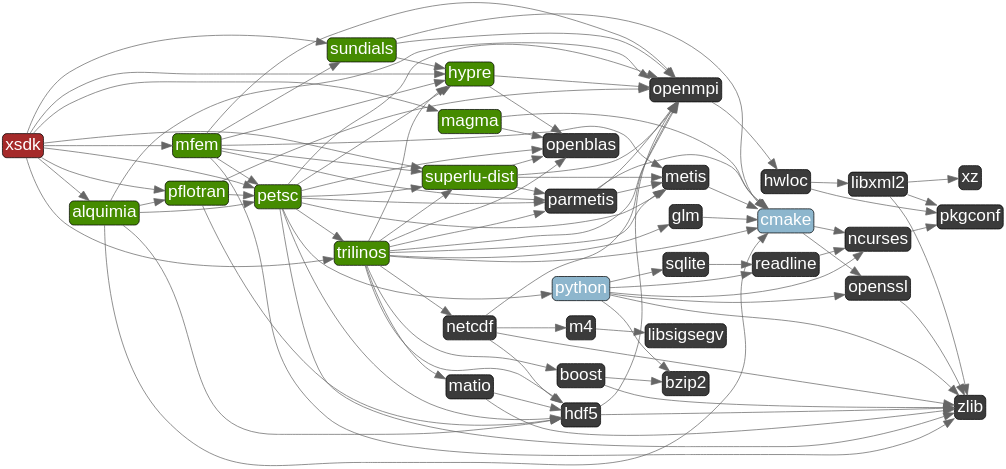
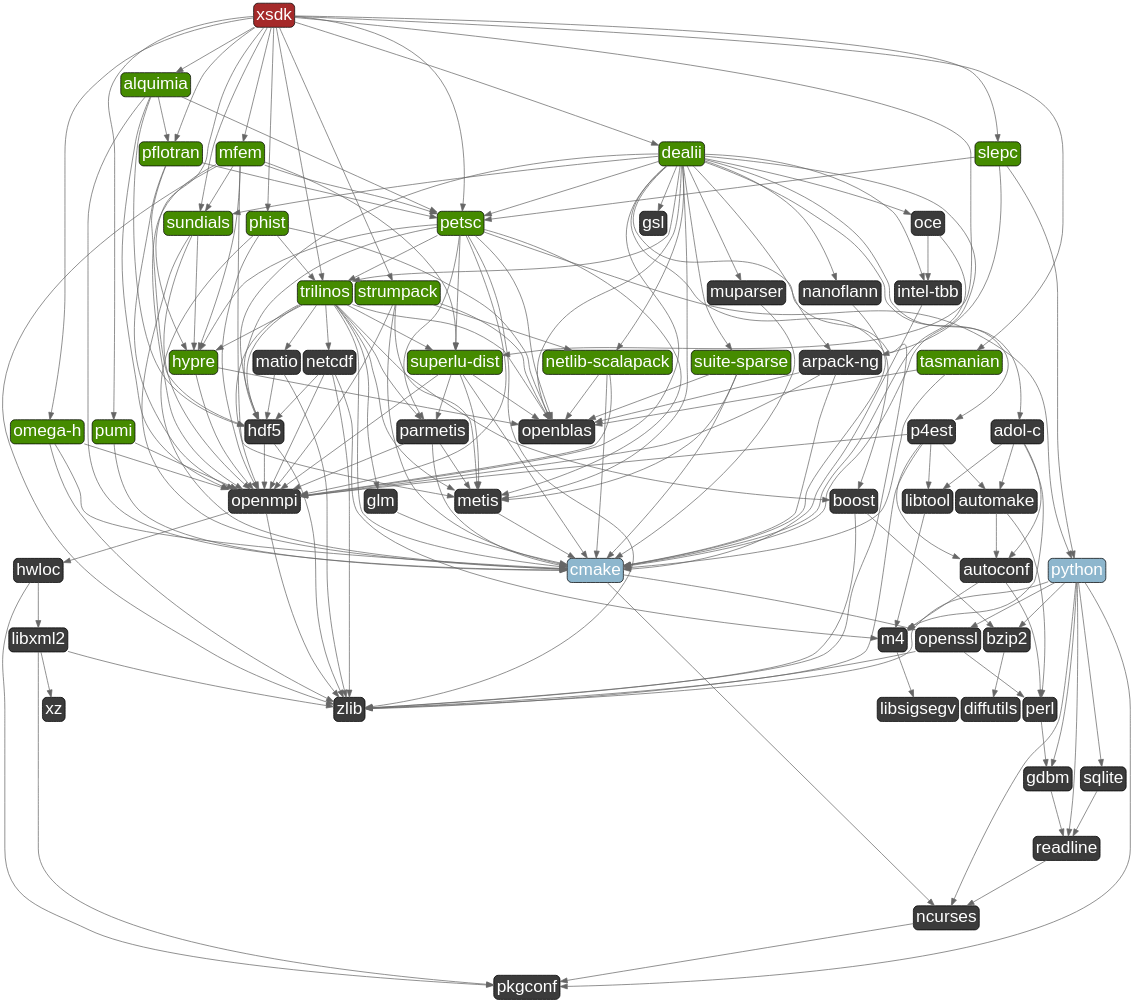
The diagram in xsdk.dot (xsdk-project/xsdk-diagram), drawn with Graphviz before and after one commit. The commit also changed 3 other files, not shown here.

Commit message:
update xsdk-diagram using xsdk v0.4.0 spack package

```diff
--- a/xsdk.dot
+++ b/xsdk.dot
@@ -1,14 +1,14 @@
 digraph G {
   labelloc = "b"
-  rankdir = "LR"
+  rankdir = "TB"
   ranksep = "1"
-  ratio = ".4"
+  ratio = ".9"
   nodesep = ".1"
   bgcolor = "transparent"
 edge[
      penwidth = "2"
      color = "#666666"
-     arrowsize = "3"
+     arrowsize = "2"
 ]
 node[
      fontname=Arial,
@@ -20,130 +20,230 @@
      fontcolor=white,
      style="rounded,filled"]
 
-  "xsdk"
-  "alquimia" [fillcolor="chartreuse4"]
-  "cmake" [fillcolor="lightskyblue3"]
-  "ncurses" [fillcolor="gray23"]
-  "pkgconf" [fillcolor="gray23"]
-  "openssl" [fillcolor="gray23"]
-  "zlib" [fillcolor="gray23"]
-  "hdf5" [fillcolor="gray23"]
-  "openmpi" [fillcolor="gray23"]
-  "hwloc" [fillcolor="gray23"]
-  "libxml2" [fillcolor="gray23"]
-  "xz" [fillcolor="gray23"]
-  "petsc" [fillcolor="chartreuse4"]
-  "hypre" [fillcolor="chartreuse4"]
-  "openblas" [fillcolor="gray23"]
-  "metis" [fillcolor="gray23"]
-  "parmetis" [fillcolor="gray23"]
-  "python" [fillcolor="lightskyblue3"]
-  "bzip2" [fillcolor="gray23"]
-  "readline" [fillcolor="gray23"]
-  "sqlite" [fillcolor="gray23"]
-  "superlu-dist" [fillcolor="chartreuse4"]
-  "trilinos" [fillcolor="chartreuse4"]
-  "boost" [fillcolor="gray23"]
-  "glm" [fillcolor="gray23"]
-  "matio" [fillcolor="gray23"]
-  "netcdf" [fillcolor="gray23"]
-  "m4" [fillcolor="gray23"]
-  "libsigsegv" [fillcolor="gray23"]
-  "pflotran" [fillcolor="chartreuse4"]
-  "mfem" [fillcolor="chartreuse4"]
-  "magma" [fillcolor="chartreuse4"]
-  "sundials" [fillcolor="chartreuse4"]
+  "uyuppvgmtzepuvz23zit6gpjh3gp6klq" [label="xsdk"]
+  "uw33c2qajupqcgso2spjhinuuyjd7egz" [label="alquimia"] [fillcolor="chartreuse4"]
+  "6i6z6n4mkoyn34wcjpeslnztviwprsk7" [label="cmake"] [fillcolor="lightskyblue3"]
+  "gplqkoidztraoitercljo5rvqmp6e6yb" [label="ncurses"] [fillcolor="gray23"]
+  "i5tpatccacfgkh57el52ogbpv2y7jqck" [label="pkgconf"] [fillcolor="gray23"]
+  "kedy4wim2ckoeqzvo2modgzuefl4qh44" [label="openssl"] [fillcolor="gray23"]
+  "pqnz5bplxm6jwf4uihpl5mvjx32gww5q" [label="perl"] [fillcolor="gray23"]
+  "cltxmghe6nfunsg5vuszyin6abeyanh7" [label="gdbm"] [fillcolor="gray23"]
+  "agrqudaozqy6et6vvv6pyiakqw7pvw2d" [label="readline"] [fillcolor="gray23"]
+  "t74siw3tvuz3vfb3rje5mkbiwneuzfb5" [label="zlib"] [fillcolor="gray23"]
+  "fziiyzfcqxeojipliehjqm4vgk5gd35n" [label="hdf5"] [fillcolor="gray23"]
+  "mzlxfa4uknxif5x4x37lhaj6laasefja" [label="openmpi"] [fillcolor="gray23"]
+  "mlboc2rqvhtcvl54hez3iylomn2brbfy" [label="hwloc"] [fillcolor="gray23"]
+  "wlomcpoeoxx4pwidnr2qr3nbnxuft525" [label="libxml2"] [fillcolor="gray23"]
+  "2jfahxlomefqcwmqdlwcdulp3zbanhpe" [label="xz"] [fillcolor="gray23"]
+  "zvwfcwa4ykiegfp3ybpgkax53mzwhshy" [label="petsc"] [fillcolor="chartreuse4"]
+  "ymwbdxrky463gzigdmhfwozvv7ldzscy" [label="hypre"] [fillcolor="chartreuse4"]
+  "sv4t4if6prvtghe2w4b7tted3waq7hpf" [label="openblas"] [fillcolor="gray23"]
+  "6st456p7sgwl6x546zhjbqwp6m352llu" [label="metis"] [fillcolor="gray23"]
+  "anbk5r3oielj7f4wnidifndhw5fr6ueh" [label="parmetis"] [fillcolor="gray23"]
+  "b62il77x7t33hncwzq422kjiprlebait" [label="python"] [fillcolor="lightskyblue3"]
+  "vfmdedxrupkurelhiarhiuiccvkluoks" [label="bzip2"] [fillcolor="gray23"]
+  "ary2ee3sxnj7qswobjg35f2mfeilkovp" [label="diffutils"] [fillcolor="gray23"]
+  "j5zfpr452ayigks4wpbli3dejindczxi" [label="sqlite"] [fillcolor="gray23"]
+  "7fc2vxtkwhk4tenuik626np27issuroo" [label="superlu-dist"] [fillcolor="chartreuse4"]
+  "l2hx3wildx6aa6khp2gga4u4o4dtbjl4" [label="trilinos"] [fillcolor="chartreuse4"]
+  "yi2kzbrvg6xhehfluvzt6gvrfoaczeo3" [label="boost"] [fillcolor="gray23"]
+  "mwipot56bs3ukc3fyf2lsgjs23vtbonz" [label="glm"] [fillcolor="gray23"]
+  "geocp7mnwy23t4eknqrraz2g7ckvydfn" [label="matio"] [fillcolor="gray23"]
+  "otxzgqbk3cl5ziut24soskwretqu7d7a" [label="netcdf"] [fillcolor="gray23"]
+  "5uvxutvoiilo2ytzypxierglhritkjua" [label="m4"] [fillcolor="gray23"]
+  "qlxyw6knjrlsz57ohumcclboqocvkcby" [label="libsigsegv"] [fillcolor="gray23"]
+  "x7pdjrxj33h6dihm5d5ktp26zpiew4kn" [label="pflotran"] [fillcolor="chartreuse4"]
+  "zvijs4k7yhc6t5rpm4vkzrcq6kmdhleb" [label="dealii"] [fillcolor="chartreuse4"]
+  "5hqyk5nzj3eid4qwgic6i3kvj2sidrba" [label="adol-c"] [fillcolor="gray23"]
+  "ba2jsfjzucf7re2gkw7y55axarjqtop3" [label="autoconf"] [fillcolor="gray23"]
+  "nvgzy4fhaw5m2vxetrd2lcdutx23qwjg" [label="automake"] [fillcolor="gray23"]
+  "yjjy7rl7ow76cixrcfwg7bdqvmc3wmy6" [label="libtool"] [fillcolor="gray23"]
+  "de3j76dytu36gc5a536hoa3lfno6l4rl" [label="arpack-ng"] [fillcolor="gray23"]
+  "bo6x4phrq3hqxvgsot3bacuzh75dif5w" [label="gsl"] [fillcolor="gray23"]
+  "qzyuzi244mxgarlo57zv2wiha6ylvvr5" [label="intel-tbb"] [fillcolor="gray23"]
+  "lsyhrko4t2yxby6l4ikxt763zg254kqa" [label="muparser"] [fillcolor="gray23"]
+  "b6u5diqsz4lqypsemokw6hrxhgvv646z" [label="nanoflann"] [fillcolor="gray23"]
+  "tgcrmzgkiy5uepqrw4vebb3rghj6ewei" [label="netlib-scalapack"] [fillcolor="chartreuse4"]
+  "luvcnepqtjhxi36tv2vb7lswaakjtxwt" [label="oce"] [fillcolor="gray23"]
+  "mstou6c5bpd4uxsl7uywlg3fojeor5kx" [label="p4est"] [fillcolor="gray23"]
+  "xzukdf66ikfvjuybxujjosyz2codjztw" [label="suite-sparse"] [fillcolor="chartreuse4"]
+  "3qis7hxesgw65jkbada6r7whsowhsuw2" [label="sundials"] [fillcolor="chartreuse4"]
+  "6i6yzt7yu3v3jxscnzylqdljeylyknkw" [label="mfem"] [fillcolor="chartreuse4"]
+  "q352rlig6r3pvn74sstqyuaffpnmyuq6" [label="omega-h"] [fillcolor="chartreuse4"]
+  "awt5zogpf2uwdfzc5tzdwjj3md5f5x3r" [label="phist"] [fillcolor="chartreuse4"]
+  "uvfe6raeg4qdmjsj6frkkljthpat26mv" [label="pumi"] [fillcolor="chartreuse4"]
+  "tuvvrmz4ykem3pv6xirlksxubtq3rw4h" [label="slepc"] [fillcolor="chartreuse4"]
+  "bn5j5f43y3cin6e5zd3tai5da3yufji2" [label="strumpack"] [fillcolor="chartreuse4"]
+  "veozwqgjpqrfxdie7zl7hnnveib4pq7t" [label="tasmanian"] [fillcolor="chartreuse4"]
 
-  "hwloc" -> "libxml2"
-  "petsc" -> "hypre"
-  "petsc" -> "openblas"
-  "netcdf" -> "m4"
-  "parmetis" -> "cmake"
-  "hdf5" -> "openmpi"
-  "petsc" -> "superlu-dist"
-  "cmake" -> "openssl"
-  "pflotran" -> "openmpi"
-  "magma" -> "cmake"
-  "petsc" -> "hdf5"
-  "pflotran" -> "hdf5"
-  "superlu-dist" -> "openmpi"
-  "petsc" -> "zlib"
-  "openmpi" -> "hwloc"
-  "hypre" -> "openmpi"
-  "trilinos" -> "parmetis"
-  "libxml2" -> "xz"
-  "pflotran" -> "petsc"
-  "netcdf" -> "openmpi"
-  "mfem" -> "hypre"
-  "hypre" -> "openblas"
-  "boost" -> "zlib"
-  "xsdk" -> "magma"
-  "xsdk" -> "petsc"
-  "libxml2" -> "pkgconf"
-  "netcdf" -> "zlib"
-  "petsc" -> "python"
-  "trilinos" -> "hypre"
-  "cmake" -> "ncurses"
-  "superlu-dist" -> "parmetis"
-  "mfem" -> "openmpi"
-  "python" -> "ncurses"
-  "alquimia" -> "openmpi"
-  "petsc" -> "trilinos"
-  "python" -> "zlib"
-  "trilinos" -> "superlu-dist"
-  "alquimia" -> "cmake"
-  "xsdk" -> "trilinos"
-  "libxml2" -> "zlib"
-  "magma" -> "openblas"
-  "openssl" -> "zlib"
-  "alquimia" -> "hdf5"
-  "m4" -> "libsigsegv"
-  "hwloc" -> "pkgconf"
-  "python" -> "openssl"
-  "mfem" -> "sundials"
-  "trilinos" -> "matio"
-  "alquimia" -> "petsc"
-  "sqlite" -> "readline"
-  "matio" -> "zlib"
-  "hdf5" -> "zlib"
-  "mfem" -> "zlib"
-  "sundials" -> "cmake"
-  "superlu-dist" -> "metis"
-  "alquimia" -> "pflotran"
-  "python" -> "bzip2"
-  "trilinos" -> "netcdf"
-  "parmetis" -> "openmpi"
-  "trilinos" -> "openmpi"
-  "trilinos" -> "hdf5"
-  "sundials" -> "hypre"
-  "python" -> "readline"
-  "mfem" -> "superlu-dist"
-  "parmetis" -> "metis"
-  "trilinos" -> "cmake"
-  "boost" -> "bzip2"
-  "mfem" -> "petsc"
-  "metis" -> "cmake"
-  "trilinos" -> "metis"
-  "trilinos" -> "glm"
-  "glm" -> "cmake"
-  "ncurses" -> "pkgconf"
-  "petsc" -> "openmpi"
-  "xsdk" -> "alquimia"
-  "mfem" -> "metis"
-  "python" -> "sqlite"
-  "sundials" -> "openmpi"
-  "mfem" -> "parmetis"
-  "xsdk" -> "pflotran"
-  "petsc" -> "metis"
-  "xsdk" -> "hypre"
-  "xsdk" -> "superlu-dist"
-  "readline" -> "ncurses"
-  "petsc" -> "parmetis"
-  "xsdk" -> "mfem"
-  "xsdk" -> "sundials"
-  "netcdf" -> "hdf5"
-  "superlu-dist" -> "openblas"
-  "matio" -> "hdf5"
-  "trilinos" -> "openblas"
-  "trilinos" -> "boost"
+  "xzukdf66ikfvjuybxujjosyz2codjztw" -> "sv4t4if6prvtghe2w4b7tted3waq7hpf"
+  "7fc2vxtkwhk4tenuik626np27issuroo" -> "6st456p7sgwl6x546zhjbqwp6m352llu"
+  "zvijs4k7yhc6t5rpm4vkzrcq6kmdhleb" -> "mstou6c5bpd4uxsl7uywlg3fojeor5kx"
+  "zvijs4k7yhc6t5rpm4vkzrcq6kmdhleb" -> "6st456p7sgwl6x546zhjbqwp6m352llu"
+  "uyuppvgmtzepuvz23zit6gpjh3gp6klq" -> "6i6yzt7yu3v3jxscnzylqdljeylyknkw"
+  "zvijs4k7yhc6t5rpm4vkzrcq6kmdhleb" -> "de3j76dytu36gc5a536hoa3lfno6l4rl"
+  "uw33c2qajupqcgso2spjhinuuyjd7egz" -> "fziiyzfcqxeojipliehjqm4vgk5gd35n"
+  "mstou6c5bpd4uxsl7uywlg3fojeor5kx" -> "yjjy7rl7ow76cixrcfwg7bdqvmc3wmy6"
+  "bn5j5f43y3cin6e5zd3tai5da3yufji2" -> "mzlxfa4uknxif5x4x37lhaj6laasefja"
+  "l2hx3wildx6aa6khp2gga4u4o4dtbjl4" -> "geocp7mnwy23t4eknqrraz2g7ckvydfn"
+  "awt5zogpf2uwdfzc5tzdwjj3md5f5x3r" -> "l2hx3wildx6aa6khp2gga4u4o4dtbjl4"
+  "7fc2vxtkwhk4tenuik626np27issuroo" -> "anbk5r3oielj7f4wnidifndhw5fr6ueh"
+  "uyuppvgmtzepuvz23zit6gpjh3gp6klq" -> "q352rlig6r3pvn74sstqyuaffpnmyuq6"
+  "mstou6c5bpd4uxsl7uywlg3fojeor5kx" -> "nvgzy4fhaw5m2vxetrd2lcdutx23qwjg"
+  "q352rlig6r3pvn74sstqyuaffpnmyuq6" -> "mzlxfa4uknxif5x4x37lhaj6laasefja"
+  "zvijs4k7yhc6t5rpm4vkzrcq6kmdhleb" -> "sv4t4if6prvtghe2w4b7tted3waq7hpf"
+  "xzukdf66ikfvjuybxujjosyz2codjztw" -> "6i6z6n4mkoyn34wcjpeslnztviwprsk7"
+  "7fc2vxtkwhk4tenuik626np27issuroo" -> "mzlxfa4uknxif5x4x37lhaj6laasefja"
+  "tgcrmzgkiy5uepqrw4vebb3rghj6ewei" -> "6i6z6n4mkoyn34wcjpeslnztviwprsk7"
+  "5hqyk5nzj3eid4qwgic6i3kvj2sidrba" -> "nvgzy4fhaw5m2vxetrd2lcdutx23qwjg"
+  "tgcrmzgkiy5uepqrw4vebb3rghj6ewei" -> "sv4t4if6prvtghe2w4b7tted3waq7hpf"
+  "zvijs4k7yhc6t5rpm4vkzrcq6kmdhleb" -> "3qis7hxesgw65jkbada6r7whsowhsuw2"
+  "mlboc2rqvhtcvl54hez3iylomn2brbfy" -> "i5tpatccacfgkh57el52ogbpv2y7jqck"
+  "l2hx3wildx6aa6khp2gga4u4o4dtbjl4" -> "otxzgqbk3cl5ziut24soskwretqu7d7a"
+  "6i6yzt7yu3v3jxscnzylqdljeylyknkw" -> "zvwfcwa4ykiegfp3ybpgkax53mzwhshy"
+  "zvijs4k7yhc6t5rpm4vkzrcq6kmdhleb" -> "6i6z6n4mkoyn34wcjpeslnztviwprsk7"
+  "uw33c2qajupqcgso2spjhinuuyjd7egz" -> "mzlxfa4uknxif5x4x37lhaj6laasefja"
+  "fziiyzfcqxeojipliehjqm4vgk5gd35n" -> "t74siw3tvuz3vfb3rje5mkbiwneuzfb5"
+  "5hqyk5nzj3eid4qwgic6i3kvj2sidrba" -> "yjjy7rl7ow76cixrcfwg7bdqvmc3wmy6"
+  "6i6yzt7yu3v3jxscnzylqdljeylyknkw" -> "t74siw3tvuz3vfb3rje5mkbiwneuzfb5"
+  "q352rlig6r3pvn74sstqyuaffpnmyuq6" -> "t74siw3tvuz3vfb3rje5mkbiwneuzfb5"
+  "zvijs4k7yhc6t5rpm4vkzrcq6kmdhleb" -> "bo6x4phrq3hqxvgsot3bacuzh75dif5w"
+  "zvijs4k7yhc6t5rpm4vkzrcq6kmdhleb" -> "tgcrmzgkiy5uepqrw4vebb3rghj6ewei"
+  "tgcrmzgkiy5uepqrw4vebb3rghj6ewei" -> "mzlxfa4uknxif5x4x37lhaj6laasefja"
+  "6i6yzt7yu3v3jxscnzylqdljeylyknkw" -> "3qis7hxesgw65jkbada6r7whsowhsuw2"
+  "wlomcpoeoxx4pwidnr2qr3nbnxuft525" -> "i5tpatccacfgkh57el52ogbpv2y7jqck"
+  "uyuppvgmtzepuvz23zit6gpjh3gp6klq" -> "awt5zogpf2uwdfzc5tzdwjj3md5f5x3r"
+  "zvijs4k7yhc6t5rpm4vkzrcq6kmdhleb" -> "mzlxfa4uknxif5x4x37lhaj6laasefja"
+  "uyuppvgmtzepuvz23zit6gpjh3gp6klq" -> "uw33c2qajupqcgso2spjhinuuyjd7egz"
+  "pqnz5bplxm6jwf4uihpl5mvjx32gww5q" -> "cltxmghe6nfunsg5vuszyin6abeyanh7"
+  "yi2kzbrvg6xhehfluvzt6gvrfoaczeo3" -> "vfmdedxrupkurelhiarhiuiccvkluoks"
+  "yi2kzbrvg6xhehfluvzt6gvrfoaczeo3" -> "t74siw3tvuz3vfb3rje5mkbiwneuzfb5"
+  "x7pdjrxj33h6dihm5d5ktp26zpiew4kn" -> "zvwfcwa4ykiegfp3ybpgkax53mzwhshy"
+  "zvijs4k7yhc6t5rpm4vkzrcq6kmdhleb" -> "b6u5diqsz4lqypsemokw6hrxhgvv646z"
+  "5hqyk5nzj3eid4qwgic6i3kvj2sidrba" -> "5uvxutvoiilo2ytzypxierglhritkjua"
+  "luvcnepqtjhxi36tv2vb7lswaakjtxwt" -> "6i6z6n4mkoyn34wcjpeslnztviwprsk7"
+  "3qis7hxesgw65jkbada6r7whsowhsuw2" -> "6i6z6n4mkoyn34wcjpeslnztviwprsk7"
+  "uw33c2qajupqcgso2spjhinuuyjd7egz" -> "x7pdjrxj33h6dihm5d5ktp26zpiew4kn"
+  "7fc2vxtkwhk4tenuik626np27issuroo" -> "6i6z6n4mkoyn34wcjpeslnztviwprsk7"
+  "zvijs4k7yhc6t5rpm4vkzrcq6kmdhleb" -> "xzukdf66ikfvjuybxujjosyz2codjztw"
+  "awt5zogpf2uwdfzc5tzdwjj3md5f5x3r" -> "6i6z6n4mkoyn34wcjpeslnztviwprsk7"
+  "mwipot56bs3ukc3fyf2lsgjs23vtbonz" -> "6i6z6n4mkoyn34wcjpeslnztviwprsk7"
+  "mzlxfa4uknxif5x4x37lhaj6laasefja" -> "t74siw3tvuz3vfb3rje5mkbiwneuzfb5"
+  "zvijs4k7yhc6t5rpm4vkzrcq6kmdhleb" -> "5hqyk5nzj3eid4qwgic6i3kvj2sidrba"
+  "bn5j5f43y3cin6e5zd3tai5da3yufji2" -> "tgcrmzgkiy5uepqrw4vebb3rghj6ewei"
+  "6st456p7sgwl6x546zhjbqwp6m352llu" -> "6i6z6n4mkoyn34wcjpeslnztviwprsk7"
+  "3qis7hxesgw65jkbada6r7whsowhsuw2" -> "mzlxfa4uknxif5x4x37lhaj6laasefja"
+  "veozwqgjpqrfxdie7zl7hnnveib4pq7t" -> "sv4t4if6prvtghe2w4b7tted3waq7hpf"
+  "x7pdjrxj33h6dihm5d5ktp26zpiew4kn" -> "mzlxfa4uknxif5x4x37lhaj6laasefja"
+  "uyuppvgmtzepuvz23zit6gpjh3gp6klq" -> "tuvvrmz4ykem3pv6xirlksxubtq3rw4h"
+  "5hqyk5nzj3eid4qwgic6i3kvj2sidrba" -> "ba2jsfjzucf7re2gkw7y55axarjqtop3"
+  "de3j76dytu36gc5a536hoa3lfno6l4rl" -> "sv4t4if6prvtghe2w4b7tted3waq7hpf"
+  "nvgzy4fhaw5m2vxetrd2lcdutx23qwjg" -> "ba2jsfjzucf7re2gkw7y55axarjqtop3"
+  "6i6z6n4mkoyn34wcjpeslnztviwprsk7" -> "gplqkoidztraoitercljo5rvqmp6e6yb"
+  "bn5j5f43y3cin6e5zd3tai5da3yufji2" -> "6st456p7sgwl6x546zhjbqwp6m352llu"
+  "zvwfcwa4ykiegfp3ybpgkax53mzwhshy" -> "t74siw3tvuz3vfb3rje5mkbiwneuzfb5"
+  "zvijs4k7yhc6t5rpm4vkzrcq6kmdhleb" -> "t74siw3tvuz3vfb3rje5mkbiwneuzfb5"
+  "de3j76dytu36gc5a536hoa3lfno6l4rl" -> "6i6z6n4mkoyn34wcjpeslnztviwprsk7"
+  "uyuppvgmtzepuvz23zit6gpjh3gp6klq" -> "l2hx3wildx6aa6khp2gga4u4o4dtbjl4"
+  "uyuppvgmtzepuvz23zit6gpjh3gp6klq" -> "3qis7hxesgw65jkbada6r7whsowhsuw2"
+  "zvijs4k7yhc6t5rpm4vkzrcq6kmdhleb" -> "zvwfcwa4ykiegfp3ybpgkax53mzwhshy"
+  "b62il77x7t33hncwzq422kjiprlebait" -> "t74siw3tvuz3vfb3rje5mkbiwneuzfb5"
+  "zvwfcwa4ykiegfp3ybpgkax53mzwhshy" -> "ymwbdxrky463gzigdmhfwozvv7ldzscy"
+  "l2hx3wildx6aa6khp2gga4u4o4dtbjl4" -> "yi2kzbrvg6xhehfluvzt6gvrfoaczeo3"
+  "yjjy7rl7ow76cixrcfwg7bdqvmc3wmy6" -> "5uvxutvoiilo2ytzypxierglhritkjua"
+  "l2hx3wildx6aa6khp2gga4u4o4dtbjl4" -> "sv4t4if6prvtghe2w4b7tted3waq7hpf"
+  "otxzgqbk3cl5ziut24soskwretqu7d7a" -> "fziiyzfcqxeojipliehjqm4vgk5gd35n"
+  "uyuppvgmtzepuvz23zit6gpjh3gp6klq" -> "zvwfcwa4ykiegfp3ybpgkax53mzwhshy"
+  "agrqudaozqy6et6vvv6pyiakqw7pvw2d" -> "gplqkoidztraoitercljo5rvqmp6e6yb"
+  "zvijs4k7yhc6t5rpm4vkzrcq6kmdhleb" -> "l2hx3wildx6aa6khp2gga4u4o4dtbjl4"
+  "zvijs4k7yhc6t5rpm4vkzrcq6kmdhleb" -> "lsyhrko4t2yxby6l4ikxt763zg254kqa"
+  "nvgzy4fhaw5m2vxetrd2lcdutx23qwjg" -> "pqnz5bplxm6jwf4uihpl5mvjx32gww5q"
+  "zvwfcwa4ykiegfp3ybpgkax53mzwhshy" -> "6st456p7sgwl6x546zhjbqwp6m352llu"
+  "l2hx3wildx6aa6khp2gga4u4o4dtbjl4" -> "fziiyzfcqxeojipliehjqm4vgk5gd35n"
+  "uyuppvgmtzepuvz23zit6gpjh3gp6klq" -> "zvijs4k7yhc6t5rpm4vkzrcq6kmdhleb"
+  "uw33c2qajupqcgso2spjhinuuyjd7egz" -> "6i6z6n4mkoyn34wcjpeslnztviwprsk7"
+  "awt5zogpf2uwdfzc5tzdwjj3md5f5x3r" -> "mzlxfa4uknxif5x4x37lhaj6laasefja"
+  "uyuppvgmtzepuvz23zit6gpjh3gp6klq" -> "bn5j5f43y3cin6e5zd3tai5da3yufji2"
+  "6i6z6n4mkoyn34wcjpeslnztviwprsk7" -> "kedy4wim2ckoeqzvo2modgzuefl4qh44"
+  "zvijs4k7yhc6t5rpm4vkzrcq6kmdhleb" -> "qzyuzi244mxgarlo57zv2wiha6ylvvr5"
+  "lsyhrko4t2yxby6l4ikxt763zg254kqa" -> "6i6z6n4mkoyn34wcjpeslnztviwprsk7"
+  "zvwfcwa4ykiegfp3ybpgkax53mzwhshy" -> "anbk5r3oielj7f4wnidifndhw5fr6ueh"
+  "uyuppvgmtzepuvz23zit6gpjh3gp6klq" -> "ymwbdxrky463gzigdmhfwozvv7ldzscy"
+  "geocp7mnwy23t4eknqrraz2g7ckvydfn" -> "t74siw3tvuz3vfb3rje5mkbiwneuzfb5"
+  "gplqkoidztraoitercljo5rvqmp6e6yb" -> "i5tpatccacfgkh57el52ogbpv2y7jqck"
+  "uvfe6raeg4qdmjsj6frkkljthpat26mv" -> "6i6z6n4mkoyn34wcjpeslnztviwprsk7"
+  "b62il77x7t33hncwzq422kjiprlebait" -> "j5zfpr452ayigks4wpbli3dejindczxi"
+  "zvwfcwa4ykiegfp3ybpgkax53mzwhshy" -> "b62il77x7t33hncwzq422kjiprlebait"
+  "l2hx3wildx6aa6khp2gga4u4o4dtbjl4" -> "6i6z6n4mkoyn34wcjpeslnztviwprsk7"
+  "6i6yzt7yu3v3jxscnzylqdljeylyknkw" -> "6st456p7sgwl6x546zhjbqwp6m352llu"
+  "awt5zogpf2uwdfzc5tzdwjj3md5f5x3r" -> "sv4t4if6prvtghe2w4b7tted3waq7hpf"
+  "uw33c2qajupqcgso2spjhinuuyjd7egz" -> "zvwfcwa4ykiegfp3ybpgkax53mzwhshy"
+  "l2hx3wildx6aa6khp2gga4u4o4dtbjl4" -> "7fc2vxtkwhk4tenuik626np27issuroo"
+  "mstou6c5bpd4uxsl7uywlg3fojeor5kx" -> "ba2jsfjzucf7re2gkw7y55axarjqtop3"
+  "otxzgqbk3cl5ziut24soskwretqu7d7a" -> "5uvxutvoiilo2ytzypxierglhritkjua"
+  "otxzgqbk3cl5ziut24soskwretqu7d7a" -> "t74siw3tvuz3vfb3rje5mkbiwneuzfb5"
+  "6i6yzt7yu3v3jxscnzylqdljeylyknkw" -> "ymwbdxrky463gzigdmhfwozvv7ldzscy"
+  "uvfe6raeg4qdmjsj6frkkljthpat26mv" -> "mzlxfa4uknxif5x4x37lhaj6laasefja"
+  "luvcnepqtjhxi36tv2vb7lswaakjtxwt" -> "qzyuzi244mxgarlo57zv2wiha6ylvvr5"
+  "j5zfpr452ayigks4wpbli3dejindczxi" -> "agrqudaozqy6et6vvv6pyiakqw7pvw2d"
+  "vfmdedxrupkurelhiarhiuiccvkluoks" -> "ary2ee3sxnj7qswobjg35f2mfeilkovp"
+  "zvwfcwa4ykiegfp3ybpgkax53mzwhshy" -> "l2hx3wildx6aa6khp2gga4u4o4dtbjl4"
+  "zvwfcwa4ykiegfp3ybpgkax53mzwhshy" -> "sv4t4if6prvtghe2w4b7tted3waq7hpf"
+  "zvwfcwa4ykiegfp3ybpgkax53mzwhshy" -> "mzlxfa4uknxif5x4x37lhaj6laasefja"
+  "wlomcpoeoxx4pwidnr2qr3nbnxuft525" -> "t74siw3tvuz3vfb3rje5mkbiwneuzfb5"
+  "ymwbdxrky463gzigdmhfwozvv7ldzscy" -> "mzlxfa4uknxif5x4x37lhaj6laasefja"
+  "ymwbdxrky463gzigdmhfwozvv7ldzscy" -> "sv4t4if6prvtghe2w4b7tted3waq7hpf"
+  "tuvvrmz4ykem3pv6xirlksxubtq3rw4h" -> "zvwfcwa4ykiegfp3ybpgkax53mzwhshy"
+  "kedy4wim2ckoeqzvo2modgzuefl4qh44" -> "t74siw3tvuz3vfb3rje5mkbiwneuzfb5"
+  "q352rlig6r3pvn74sstqyuaffpnmyuq6" -> "6i6z6n4mkoyn34wcjpeslnztviwprsk7"
+  "mzlxfa4uknxif5x4x37lhaj6laasefja" -> "mlboc2rqvhtcvl54hez3iylomn2brbfy"
+  "uyuppvgmtzepuvz23zit6gpjh3gp6klq" -> "7fc2vxtkwhk4tenuik626np27issuroo"
+  "zvwfcwa4ykiegfp3ybpgkax53mzwhshy" -> "fziiyzfcqxeojipliehjqm4vgk5gd35n"
+  "anbk5r3oielj7f4wnidifndhw5fr6ueh" -> "6st456p7sgwl6x546zhjbqwp6m352llu"
+  "mlboc2rqvhtcvl54hez3iylomn2brbfy" -> "wlomcpoeoxx4pwidnr2qr3nbnxuft525"
+  "b62il77x7t33hncwzq422kjiprlebait" -> "i5tpatccacfgkh57el52ogbpv2y7jqck"
+  "l2hx3wildx6aa6khp2gga4u4o4dtbjl4" -> "6st456p7sgwl6x546zhjbqwp6m352llu"
+  "zvijs4k7yhc6t5rpm4vkzrcq6kmdhleb" -> "fziiyzfcqxeojipliehjqm4vgk5gd35n"
+  "6i6yzt7yu3v3jxscnzylqdljeylyknkw" -> "7fc2vxtkwhk4tenuik626np27issuroo"
+  "b62il77x7t33hncwzq422kjiprlebait" -> "kedy4wim2ckoeqzvo2modgzuefl4qh44"
+  "3qis7hxesgw65jkbada6r7whsowhsuw2" -> "ymwbdxrky463gzigdmhfwozvv7ldzscy"
+  "l2hx3wildx6aa6khp2gga4u4o4dtbjl4" -> "ymwbdxrky463gzigdmhfwozvv7ldzscy"
+  "mstou6c5bpd4uxsl7uywlg3fojeor5kx" -> "t74siw3tvuz3vfb3rje5mkbiwneuzfb5"
+  "geocp7mnwy23t4eknqrraz2g7ckvydfn" -> "fziiyzfcqxeojipliehjqm4vgk5gd35n"
+  "x7pdjrxj33h6dihm5d5ktp26zpiew4kn" -> "fziiyzfcqxeojipliehjqm4vgk5gd35n"
+  "tuvvrmz4ykem3pv6xirlksxubtq3rw4h" -> "de3j76dytu36gc5a536hoa3lfno6l4rl"
+  "uyuppvgmtzepuvz23zit6gpjh3gp6klq" -> "x7pdjrxj33h6dihm5d5ktp26zpiew4kn"
+  "l2hx3wildx6aa6khp2gga4u4o4dtbjl4" -> "anbk5r3oielj7f4wnidifndhw5fr6ueh"
+  "b62il77x7t33hncwzq422kjiprlebait" -> "cltxmghe6nfunsg5vuszyin6abeyanh7"
+  "l2hx3wildx6aa6khp2gga4u4o4dtbjl4" -> "mwipot56bs3ukc3fyf2lsgjs23vtbonz"
+  "anbk5r3oielj7f4wnidifndhw5fr6ueh" -> "mzlxfa4uknxif5x4x37lhaj6laasefja"
+  "mstou6c5bpd4uxsl7uywlg3fojeor5kx" -> "mzlxfa4uknxif5x4x37lhaj6laasefja"
+  "5uvxutvoiilo2ytzypxierglhritkjua" -> "qlxyw6knjrlsz57ohumcclboqocvkcby"
+  "uyuppvgmtzepuvz23zit6gpjh3gp6klq" -> "veozwqgjpqrfxdie7zl7hnnveib4pq7t"
+  "cltxmghe6nfunsg5vuszyin6abeyanh7" -> "agrqudaozqy6et6vvv6pyiakqw7pvw2d"
+  "zvwfcwa4ykiegfp3ybpgkax53mzwhshy" -> "7fc2vxtkwhk4tenuik626np27issuroo"
+  "7fc2vxtkwhk4tenuik626np27issuroo" -> "sv4t4if6prvtghe2w4b7tted3waq7hpf"
+  "tuvvrmz4ykem3pv6xirlksxubtq3rw4h" -> "b62il77x7t33hncwzq422kjiprlebait"
+  "zvijs4k7yhc6t5rpm4vkzrcq6kmdhleb" -> "yi2kzbrvg6xhehfluvzt6gvrfoaczeo3"
+  "b62il77x7t33hncwzq422kjiprlebait" -> "gplqkoidztraoitercljo5rvqmp6e6yb"
+  "6i6yzt7yu3v3jxscnzylqdljeylyknkw" -> "mzlxfa4uknxif5x4x37lhaj6laasefja"
+  "b6u5diqsz4lqypsemokw6hrxhgvv646z" -> "6i6z6n4mkoyn34wcjpeslnztviwprsk7"
+  "uyuppvgmtzepuvz23zit6gpjh3gp6klq" -> "uvfe6raeg4qdmjsj6frkkljthpat26mv"
+  "ba2jsfjzucf7re2gkw7y55axarjqtop3" -> "pqnz5bplxm6jwf4uihpl5mvjx32gww5q"
+  "bn5j5f43y3cin6e5zd3tai5da3yufji2" -> "6i6z6n4mkoyn34wcjpeslnztviwprsk7"
+  "qzyuzi244mxgarlo57zv2wiha6ylvvr5" -> "6i6z6n4mkoyn34wcjpeslnztviwprsk7"
+  "b62il77x7t33hncwzq422kjiprlebait" -> "vfmdedxrupkurelhiarhiuiccvkluoks"
+  "veozwqgjpqrfxdie7zl7hnnveib4pq7t" -> "6i6z6n4mkoyn34wcjpeslnztviwprsk7"
+  "kedy4wim2ckoeqzvo2modgzuefl4qh44" -> "pqnz5bplxm6jwf4uihpl5mvjx32gww5q"
+  "otxzgqbk3cl5ziut24soskwretqu7d7a" -> "mzlxfa4uknxif5x4x37lhaj6laasefja"
+  "ba2jsfjzucf7re2gkw7y55axarjqtop3" -> "5uvxutvoiilo2ytzypxierglhritkjua"
+  "b62il77x7t33hncwzq422kjiprlebait" -> "agrqudaozqy6et6vvv6pyiakqw7pvw2d"
+  "zvijs4k7yhc6t5rpm4vkzrcq6kmdhleb" -> "luvcnepqtjhxi36tv2vb7lswaakjtxwt"
+  "anbk5r3oielj7f4wnidifndhw5fr6ueh" -> "6i6z6n4mkoyn34wcjpeslnztviwprsk7"
+  "de3j76dytu36gc5a536hoa3lfno6l4rl" -> "mzlxfa4uknxif5x4x37lhaj6laasefja"
+  "wlomcpoeoxx4pwidnr2qr3nbnxuft525" -> "2jfahxlomefqcwmqdlwcdulp3zbanhpe"
+  "l2hx3wildx6aa6khp2gga4u4o4dtbjl4" -> "mzlxfa4uknxif5x4x37lhaj6laasefja"
+  "bn5j5f43y3cin6e5zd3tai5da3yufji2" -> "sv4t4if6prvtghe2w4b7tted3waq7hpf"
+  "fziiyzfcqxeojipliehjqm4vgk5gd35n" -> "mzlxfa4uknxif5x4x37lhaj6laasefja"
+  "xzukdf66ikfvjuybxujjosyz2codjztw" -> "6st456p7sgwl6x546zhjbqwp6m352llu"
 }
```
